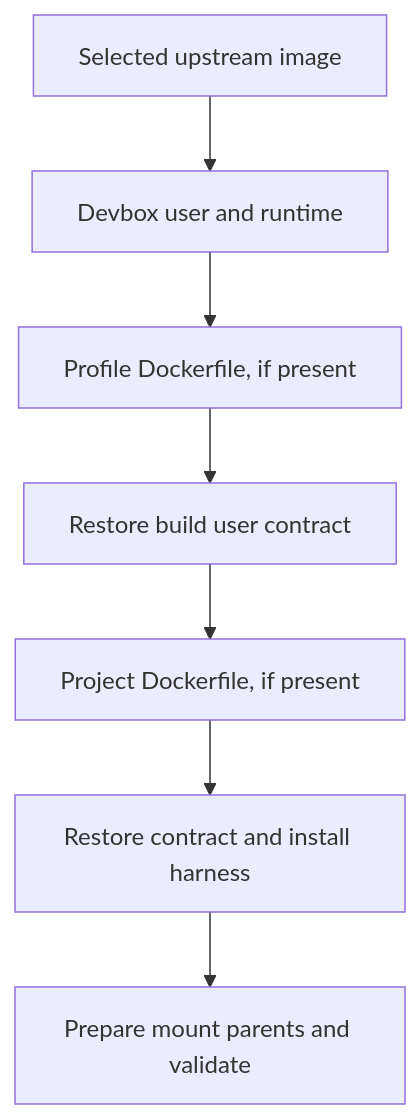
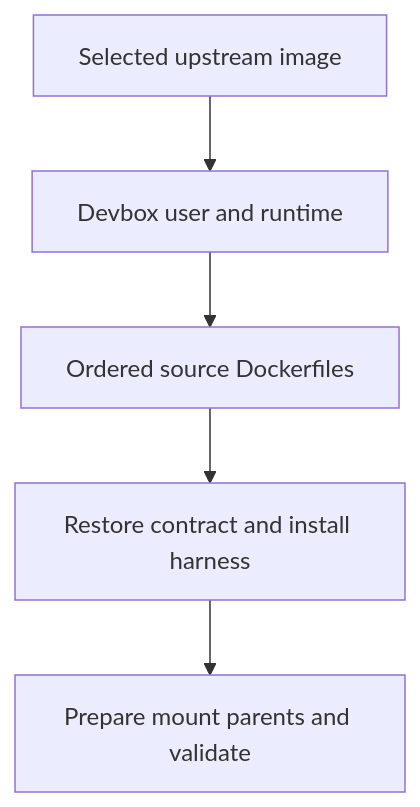
The second of 2 diagrams in docs/src/architecture/configuration.md (pip12345/devbox-neo), drawn with Mermaid before and after one commit. The commit also changed other lines of this file and 27 other files, not shown here.

````diff
--- a/docs/src/architecture/configuration.md
+++ b/docs/src/architecture/configuration.md
@@ -87,9 +88,7 @@
 ```mermaid
 flowchart TD
     BASE[Selected upstream image] --> PREP[Devbox user and runtime]
-    PREP --> PROFILE[Profile Dockerfile, if present]
-    PROFILE --> BOUNDARY[Restore build user contract]
-    BOUNDARY --> PROJECT[Project Dockerfile, if present]
-    PROJECT --> FINAL[Restore contract and install harness]
+    PREP --> CUSTOM[Ordered source Dockerfiles]
+    CUSTOM --> FINAL[Restore contract and install harness]
     FINAL --> PARENTS[Prepare mount parents and validate]
 ```
````
